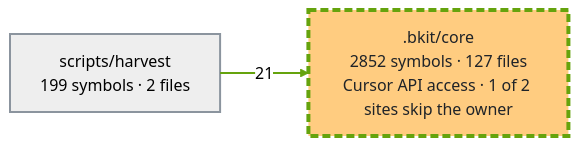
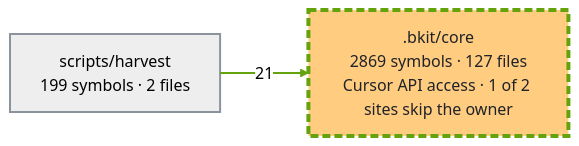
Before and after one commit to cbartens/bkit: the first of 2 diagrams in docs/capabilities.md, drawn with Mermaid (neutral theme). The commit also changed other lines of this file and 195 other files, not shown here.

````diff
--- a/docs/capabilities.md
+++ b/docs/capabilities.md
@@ -150,16 +150,16 @@
 ```mermaid
 ---
 config:
   layout: elk
   flowchart:
     useMaxWidth: false
 ---
 flowchart LR
-  %% Generated by bkit-graphify-rollup.py from 58bc94aeaed15e1e70ec8674c04a90a3a0094ce8 — do not edit
-  n_bkit_core[".bkit/core<br/>2852 symbols · 127 files<br/>Cursor API access · 1 of 2 sites skip the owner"]
+  %% Generated by bkit-graphify-rollup.py from 546647caa5ac6deaf434628d4c3a5ddcbe1791ca — do not edit
+  n_bkit_core[".bkit/core<br/>2869 symbols · 127 files<br/>Cursor API access · 1 of 2 sites skip the owner"]
   nscripts_harvest["scripts/harvest<br/>199 symbols · 2 files"]
   nscripts_harvest -->|21| n_bkit_core
   style n_bkit_core stroke:#65a30d,stroke-width:4px,stroke-dasharray:8 4,fill:#ffcc80,color:#1f2328
   style nscripts_harvest stroke:#8b949e,stroke-width:2px
   linkStyle 0 stroke:#65a30d,stroke-width:2px
 ```
````
